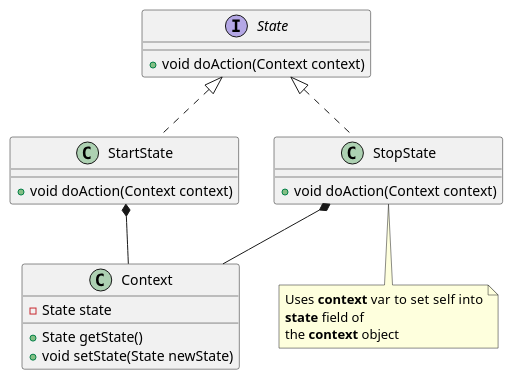
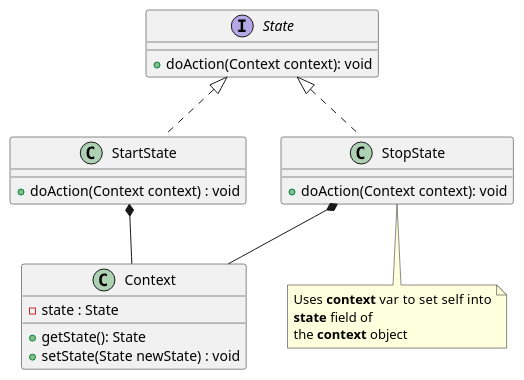
One commit to dgurianov/Simple changed the diagram in java/designPatterns/src/main/java/gud/example/behavioral/state/StateSample.puml. Above: the diagram before and after it, drawn with PlantUML. The commit also changed 1 other file, not shown here.

```diff
--- a/java/designPatterns/src/main/java/gud/example/behavioral/state/StateSample.puml
+++ b/java/designPatterns/src/main/java/gud/example/behavioral/state/StateSample.puml
@@ -1,32 +1,32 @@
 @startuml
 
 interface State{
-    +void doAction(Context context)
+    +doAction(Context context): void
 }
 
 
 class StartState implements State{
-    +void doAction(Context context)
+    +doAction(Context context) : void
 }
 class StopState implements State{
-    +void doAction(Context context)
+    +doAction(Context context): void
 }
 
 note bottom of StopState
     Uses <b>context</b> var  to set self into
     <b>state</b> field of
     the <b>context</b> object
 end note
 
 class Context{
-    -State state
-    +State getState()
-    +void setState(State newState)
+    -state : State
+    +getState(): State
+    +setState(State newState) : void
 }
 
 
 StartState  *--  Context
 StopState *-- Context
 
 
 @enduml
```
